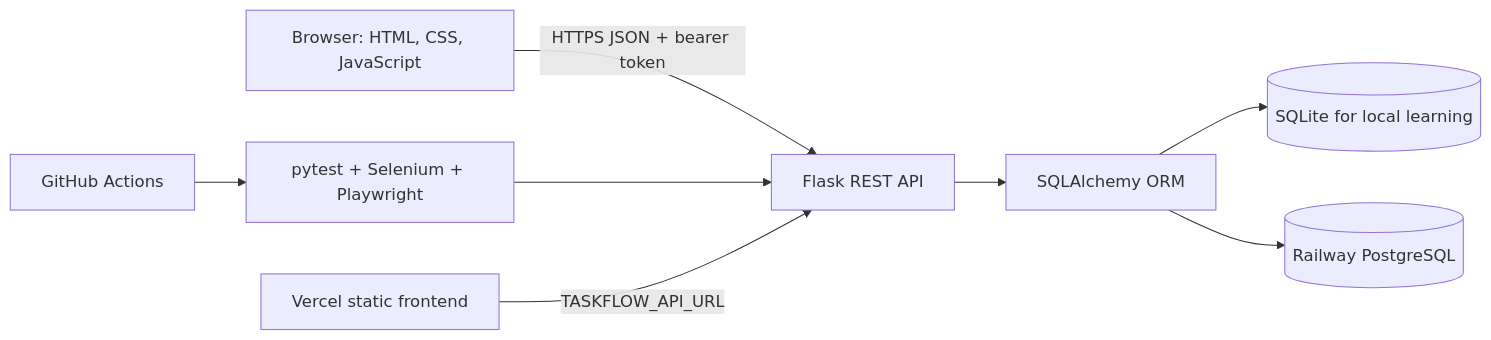
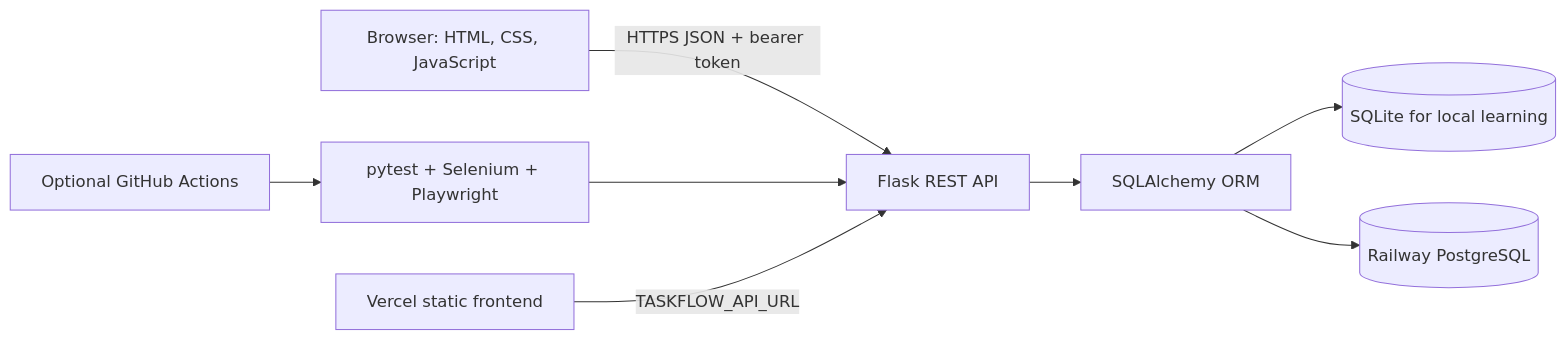
The diagram in README.md (kaveri7002/TaskFlow-QA), drawn with Mermaid before and after one commit. The commit also changed other lines of this file and 1 other file, not shown here.

Commit message:
Publish TaskFlow app without gated workflow file
Keep the Actions workflow locally until GitHub's additional workflow permission is approved.

````diff
--- a/README.md
+++ b/README.md
@@ -19,10 +19,10 @@
 ```mermaid
 flowchart LR
     Browser[Browser: HTML, CSS, JavaScript] -->|HTTPS JSON + bearer token| API[Flask REST API]
     API --> ORM[SQLAlchemy ORM]
     ORM --> Local[(SQLite for local learning)]
     ORM --> Prod[(Railway PostgreSQL)]
-    CI[GitHub Actions] --> Tests[pytest + Selenium + Playwright]
+    CI[Optional GitHub Actions] --> Tests[pytest + Selenium + Playwright]
     Tests --> API
     Frontend[Vercel static frontend] -->|TASKFLOW_API_URL| API
 ```
````
